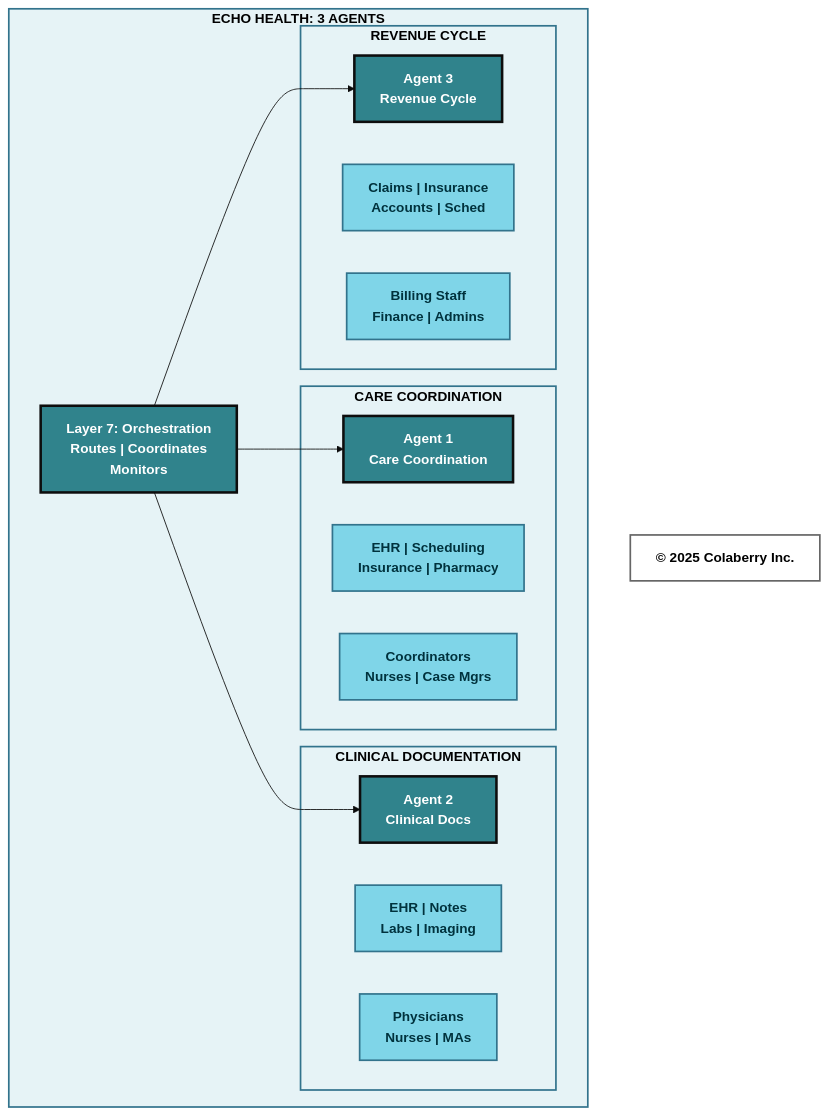
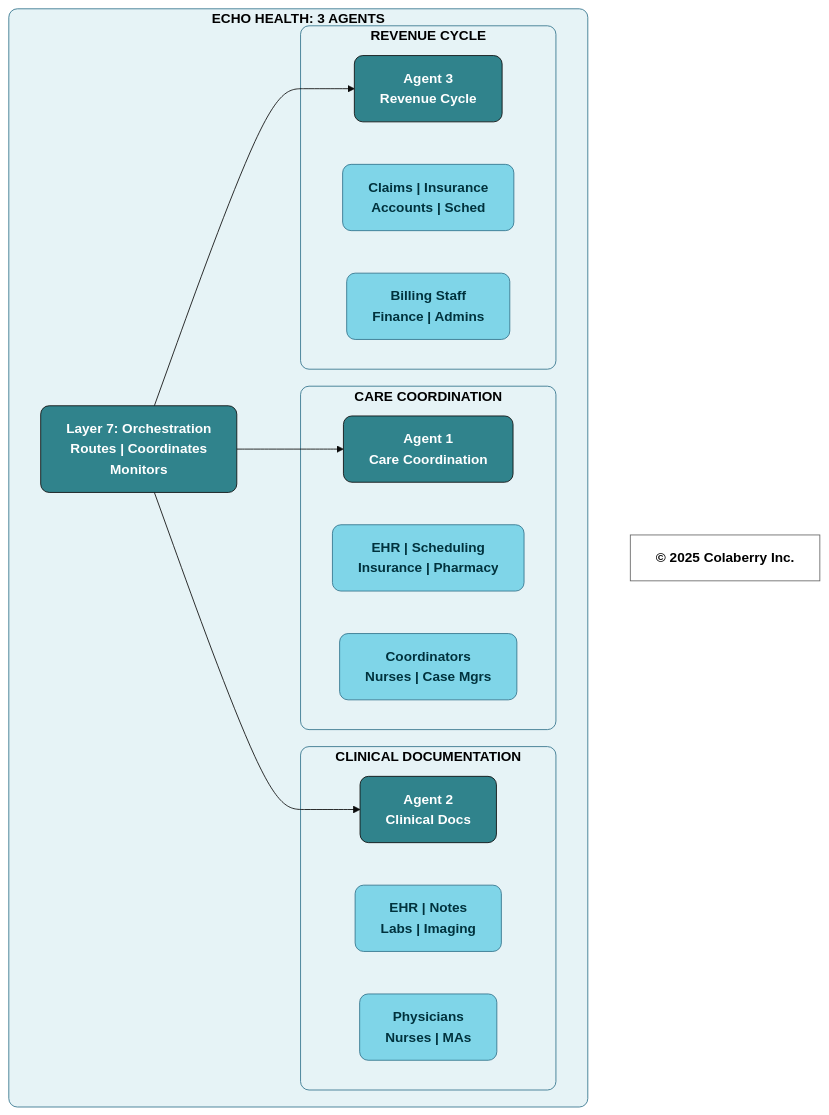
The eighth of 11 diagrams in manuscript/09_chapter_8_architecture_of_trust_in_action.md (colaberry/trust-before-intelligence-book), drawn with Mermaid (base theme) before and after one commit. The commit also changed other lines of this file and 12 other files, not shown here.

````diff
--- a/manuscript/09_chapter_8_architecture_of_trust_in_action.md
+++ b/manuscript/09_chapter_8_architecture_of_trust_in_action.md
@@ -791,46 +791,46 @@
 ```mermaid
 graph TB
     subgraph AGENTS["<b>ECHO HEALTH: 3 AGENTS</b>"]
         subgraph CARE["<b>CARE COORDINATION</b>"]
             CA["<b>Agent 1</b><br/><b>Care Coordination</b>"]
             CA_DATA["<b>EHR | Scheduling</b><br/><b>Insurance | Pharmacy</b>"]
             CA_USERS["<b>Coordinators</b><br/><b>Nurses | Case Mgrs</b>"]
         end
         
         subgraph CLINICAL["<b>CLINICAL DOCUMENTATION</b>"]
             CD["<b>Agent 2</b><br/><b>Clinical Docs</b>"]
             CD_DATA["<b>EHR | Notes</b><br/><b>Labs | Imaging</b>"]
             CD_USERS["<b>Physicians</b><br/><b>Nurses | MAs</b>"]
         end
         
         subgraph REVENUE["<b>REVENUE CYCLE</b>"]
             RC["<b>Agent 3</b><br/><b>Revenue Cycle</b>"]
             RC_DATA["<b>Claims | Insurance</b><br/><b>Accounts | Sched</b>"]
             RC_USERS["<b>Billing Staff</b><br/><b>Finance | Admins</b>"]
         end
         
         ORCH["<b>Layer 7: Orchestration</b><br/><b>Routes | Coordinates <br/> Monitors</b>"]
         
         ORCH --> CA
         ORCH --> CD
         ORCH --> RC
     end
     
-    style AGENTS fill:#E6F3F6,stroke:#32738C,stroke-width:2px,color:#000000
-    style CARE fill:#E6F3F6,stroke:#32738C,stroke-width:2px,color:#000000
-    style CLINICAL fill:#E6F3F6,stroke:#32738C,stroke-width:2px,color:#000000
-    style REVENUE fill:#E6F3F6,stroke:#32738C,stroke-width:2px,color:#000000
-    style CA fill:#30838C,stroke:#0D0D0D,stroke-width:3px,color:#ffffff
-    style CD fill:#30838C,stroke:#0D0D0D,stroke-width:3px,color:#ffffff
-    style RC fill:#30838C,stroke:#0D0D0D,stroke-width:3px,color:#ffffff
-    style ORCH fill:#30838C,stroke:#0D0D0D,stroke-width:3px,color:#ffffff
-    style CA_DATA fill:#7FD5E8,stroke:#32738C,stroke-width:2px,color:#00323D
-    style CA_USERS fill:#7FD5E8,stroke:#32738C,stroke-width:2px,color:#00323D
-    style CD_DATA fill:#7FD5E8,stroke:#32738C,stroke-width:2px,color:#00323D
-    style CD_USERS fill:#7FD5E8,stroke:#32738C,stroke-width:2px,color:#00323D
-    style RC_DATA fill:#7FD5E8,stroke:#32738C,stroke-width:2px,color:#00323D
-    style RC_USERS fill:#7FD5E8,stroke:#32738C,stroke-width:2px,color:#00323D
+    style AGENTS fill:#E6F3F6,stroke:#32738C,stroke-width:1px,color:#000000,rx:10,ry:10
+    style CARE fill:#E6F3F6,stroke:#32738C,stroke-width:1px,color:#000000,rx:10,ry:10
+    style CLINICAL fill:#E6F3F6,stroke:#32738C,stroke-width:1px,color:#000000,rx:10,ry:10
+    style REVENUE fill:#E6F3F6,stroke:#32738C,stroke-width:1px,color:#000000,rx:10,ry:10
+    style CA fill:#30838C,stroke:#0D0D0D,stroke-width:1px,color:#ffffff,rx:10,ry:10
+    style CD fill:#30838C,stroke:#0D0D0D,stroke-width:1px,color:#ffffff,rx:10,ry:10
+    style RC fill:#30838C,stroke:#0D0D0D,stroke-width:1px,color:#ffffff,rx:10,ry:10
+    style ORCH fill:#30838C,stroke:#0D0D0D,stroke-width:1px,color:#ffffff,rx:10,ry:10
+    style CA_DATA fill:#7FD5E8,stroke:#32738C,stroke-width:1px,color:#00323D,rx:10,ry:10
+    style CA_USERS fill:#7FD5E8,stroke:#32738C,stroke-width:1px,color:#00323D,rx:10,ry:10
+    style CD_DATA fill:#7FD5E8,stroke:#32738C,stroke-width:1px,color:#00323D,rx:10,ry:10
+    style CD_USERS fill:#7FD5E8,stroke:#32738C,stroke-width:1px,color:#00323D,rx:10,ry:10
+    style RC_DATA fill:#7FD5E8,stroke:#32738C,stroke-width:1px,color:#00323D,rx:10,ry:10
+    style RC_USERS fill:#7FD5E8,stroke:#32738C,stroke-width:1px,color:#00323D,rx:10,ry:10
     
     Copyright["<b>© 2025 Colaberry Inc.</b>"]
-    style Copyright fill:#ffffff,stroke:#666666,stroke-width:2px,color:#000000
+    style Copyright fill:none,stroke:#666666,stroke-width:1px,color:#000000
 ```
````
